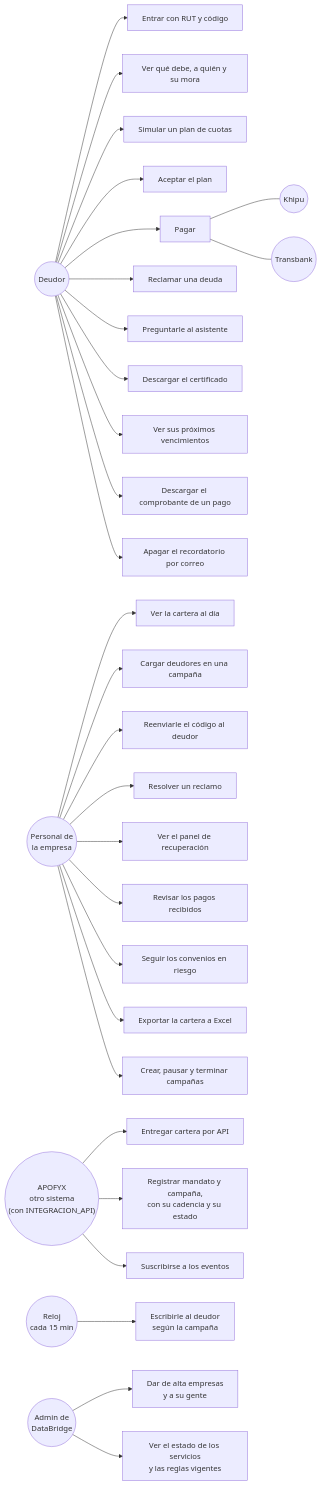
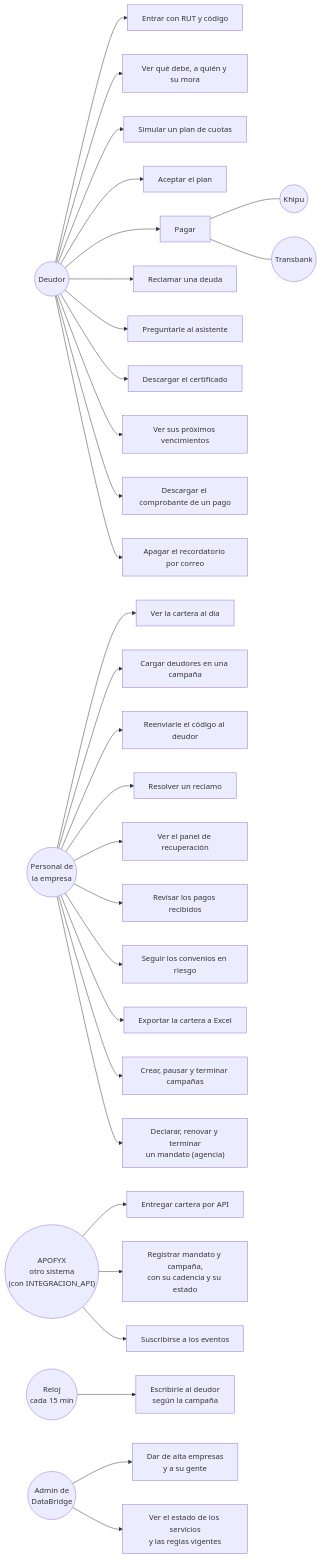
The fourth of 8 diagrams in README.md (TechnicalBridge/DataBridge), drawn with Mermaid before and after one commit. The commit also changed other lines of this file and 31 other files, not shown here.

````diff
--- a/README.md
+++ b/README.md
@@ -1146,43 +1146,44 @@
 ```mermaid
 flowchart LR
     DEU(("Deudor"))
     EMP(("Personal de<br/>la empresa"))
     SIS(("APOFYX<br/>otro sistema<br/>(con INTEGRACION_API)"))
     KHP(("Khipu"))
     TBK(("Transbank"))
     REL(("Reloj<br/>cada 15 min"))
     ADM(("Admin de<br/>DataBridge"))
 
     DEU --> U1["Entrar con RUT y código"]
     DEU --> U2["Ver qué debe, a quién y su mora"]
     DEU --> U3["Simular un plan de cuotas"]
     DEU --> U4["Aceptar el plan"]
     DEU --> U5["Pagar"]
     DEU --> U22["Reclamar una deuda"]
     DEU --> U6["Preguntarle al asistente"]
     DEU --> U7["Descargar el certificado"]
     DEU --> U15["Ver sus próximos vencimientos"]
     DEU --> U16["Descargar el comprobante de un pago"]
     DEU --> U17["Apagar el recordatorio por correo"]
     U5 --- KHP
     U5 --- TBK
 
     EMP --> U8["Ver la cartera al día"]
     EMP --> U9["Cargar deudores en una campaña"]
     EMP --> U10["Reenviarle el código al deudor"]
     EMP --> U23["Resolver un reclamo"]
     EMP --> U11["Ver el panel de recuperación"]
     EMP --> U18["Revisar los pagos recibidos"]
     EMP --> U19["Seguir los convenios en riesgo"]
     EMP --> U20["Exportar la cartera a Excel"]
     EMP --> U25["Crear, pausar y terminar campañas"]
+    EMP --> U28["Declarar, renovar y terminar<br/>un mandato (agencia)"]
 
     SIS --> U12["Entregar cartera por API"]
     SIS --> U13["Registrar mandato y campaña,<br/>con su cadencia y su estado"]
     SIS --> U14["Suscribirse a los eventos"]
 
     REL --> U24["Escribirle al deudor<br/>según la campaña"]
 
     ADM --> U26["Dar de alta empresas<br/>y a su gente"]
     ADM --> U27["Ver el estado de los servicios<br/>y las reglas vigentes"]
 ```
````
